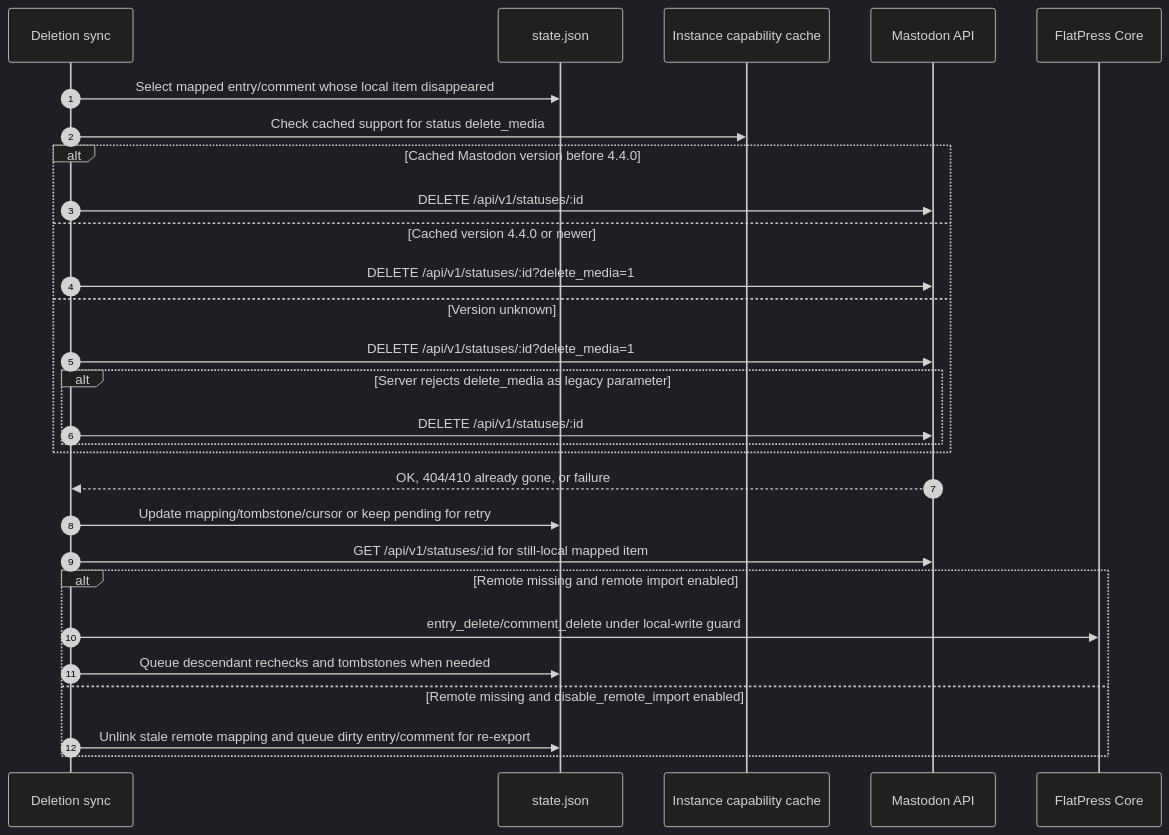
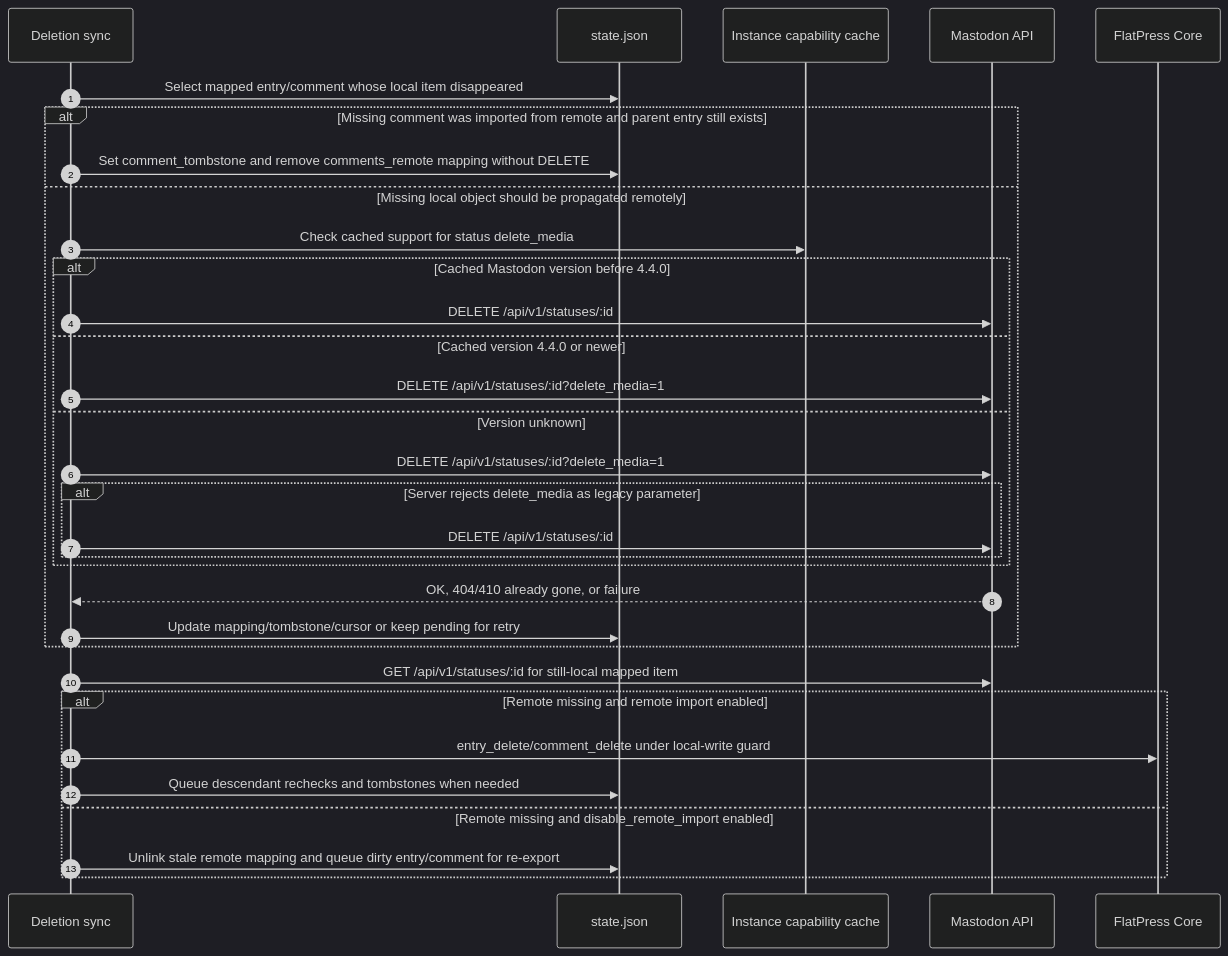
Before and after one commit to flatpressblog/flatpress: diagram 29 of 45 in fp-plugins/mastodon/developer-docs/06-Process-Flow.md, drawn with Mermaid (dark theme). The commit also changed other lines of this file and 27 other files, not shown here.

````diff
--- a/fp-plugins/mastodon/developer-docs/06-Process-Flow.md
+++ b/fp-plugins/mastodon/developer-docs/06-Process-Flow.md
@@ -1029,32 +1108,36 @@
 ```mermaid
 sequenceDiagram
     autonumber
     participant Del as Deletion sync
     participant State as state.json
     participant Caps as Instance capability cache
     participant API as Mastodon API
     participant Core as FlatPress Core
 
     Del->>State: Select mapped entry/comment whose local item disappeared
-    Del->>Caps: Check cached support for status delete_media
+    alt Missing comment was imported from remote and parent entry still exists
+        Del->>State: Set comment_tombstone and remove comments_remote mapping without DELETE
+    else Missing local object should be propagated remotely
+        Del->>Caps: Check cached support for status delete_media
     alt Cached Mastodon version before 4.4.0
         Del->>API: DELETE /api/v1/statuses/:id
     else Cached version 4.4.0 or newer
         Del->>API: DELETE /api/v1/statuses/:id?delete_media=1
     else Version unknown
         Del->>API: DELETE /api/v1/statuses/:id?delete_media=1
         alt Server rejects delete_media as legacy parameter
             Del->>API: DELETE /api/v1/statuses/:id
         end
     end
-    API-->>Del: OK, 404/410 already gone, or failure
-    Del->>State: Update mapping/tombstone/cursor or keep pending for retry
+        API-->>Del: OK, 404/410 already gone, or failure
+        Del->>State: Update mapping/tombstone/cursor or keep pending for retry
+    end
 
     Del->>API: GET /api/v1/statuses/:id for still-local mapped item
     alt Remote missing and remote import enabled
         Del->>Core: entry_delete/comment_delete under local-write guard
         Del->>State: Queue descendant rechecks and tombstones when needed
     else Remote missing and disable_remote_import enabled
         Del->>State: Unlink stale remote mapping and queue dirty entry/comment for re-export
     end
 ```
````
